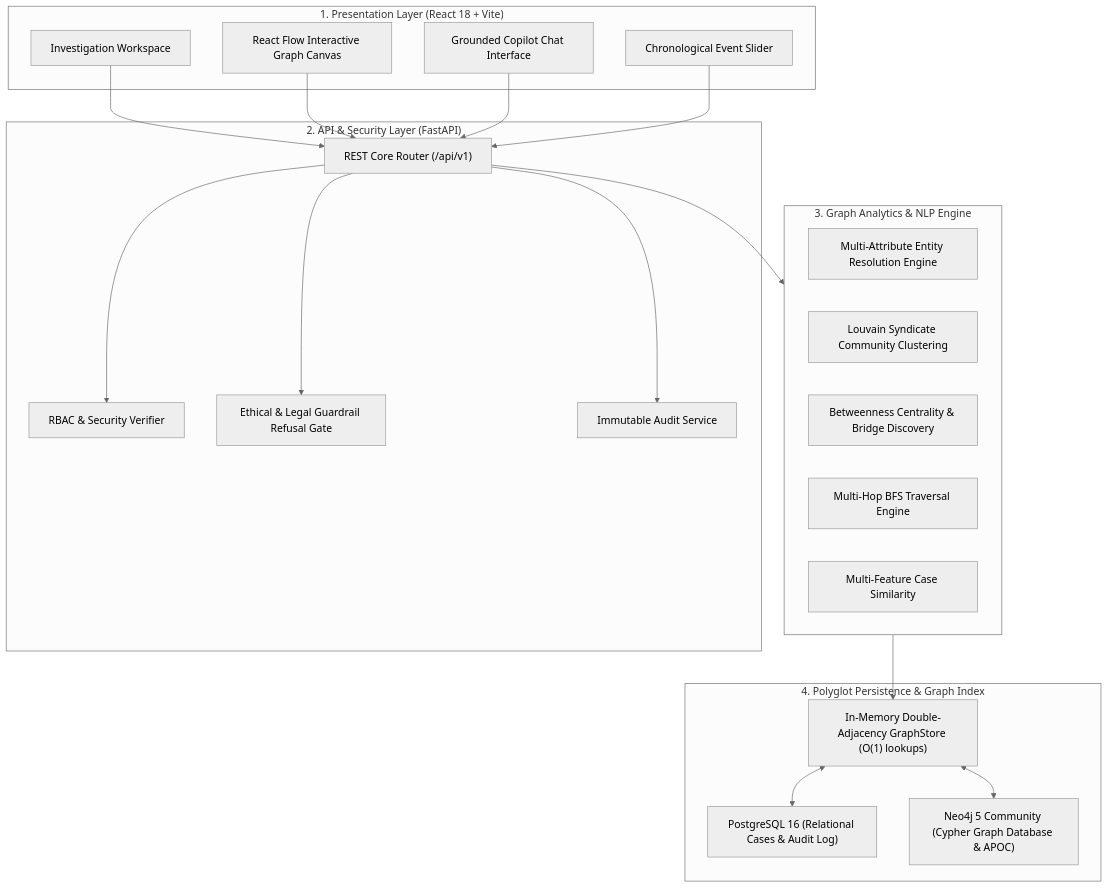
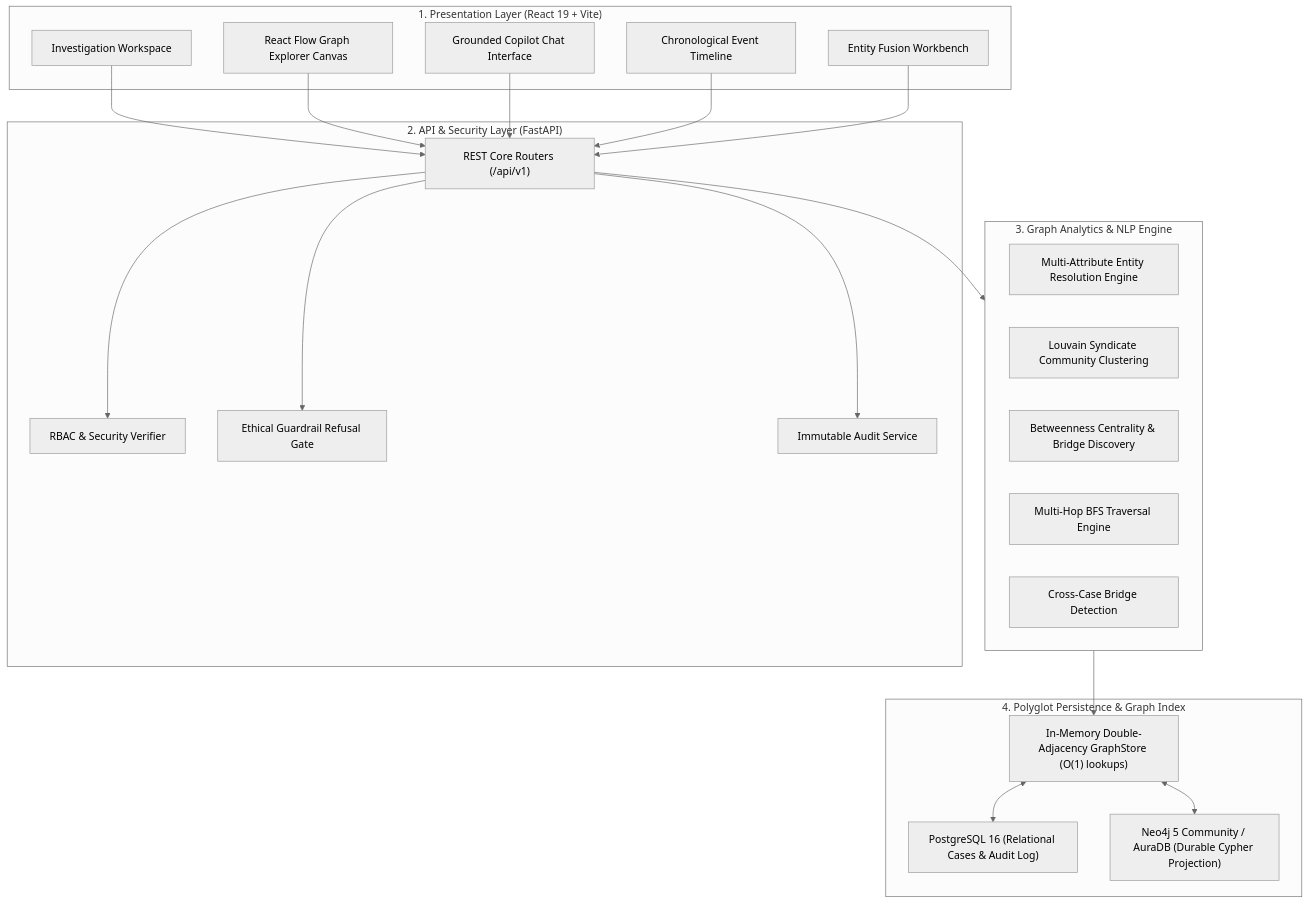
The diagram in docs/ARCHITECTURE.md (acchasujal/Nexus), drawn with Mermaid (neutral theme) before and after one commit. The commit also changed other lines of this file and 32 other files, not shown here.

````diff
--- a/docs/ARCHITECTURE.md
+++ b/docs/ARCHITECTURE.md
@@ -7,44 +9,46 @@
 ```mermaid
 graph TD
-    subgraph ClientLayer ["1. Presentation Layer (React 18 + Vite)"]
+    subgraph ClientLayer ["1. Presentation Layer (React 19 + Vite)"]
         UI["Investigation Workspace"]
-        RF["React Flow Interactive Graph Canvas"]
+        RF["React Flow Graph Explorer Canvas"]
         CopilotUI["Grounded Copilot Chat Interface"]
-        TimelineUI["Chronological Event Slider"]
+        TimelineUI["Chronological Event Timeline"]
+        FusionUI["Entity Fusion Workbench"]
     end
 
     subgraph APILayer ["2. API & Security Layer (FastAPI)"]
-        Router["REST Core Router (/api/v1)"]
+        Router["REST Core Routers (/api/v1)"]
         Auth["RBAC & Security Verifier"]
-        RefusalGate["Ethical & Legal Guardrail Refusal Gate"]
+        RefusalGate["Ethical Guardrail Refusal Gate"]
         AuditSvc["Immutable Audit Service"]
     end
 
     subgraph AnalyticsLayer ["3. Graph Analytics & NLP Engine"]
         ER["Multi-Attribute Entity Resolution Engine"]
         Louvain["Louvain Syndicate Community Clustering"]
         Centrality["Betweenness Centrality & Bridge Discovery"]
         BFS["Multi-Hop BFS Traversal Engine"]
-        Similarity["Multi-Feature Case Similarity"]
+        CrossCase["Cross-Case Bridge Detection"]
     end
 
     subgraph StorageLayer ["4. Polyglot Persistence & Graph Index"]
         MemGraph["In-Memory Double-Adjacency GraphStore (O(1) lookups)"]
         Postgres["PostgreSQL 16 (Relational Cases & Audit Log)"]
-        Neo4j["Neo4j 5 Community (Cypher Graph Database & APOC)"]
+        Neo4j["Neo4j 5 Community / AuraDB (Durable Cypher Projection)"]
     end
 
     UI --> Router
     RF --> Router
     CopilotUI --> Router
     TimelineUI --> Router
+    FusionUI --> Router
 
     Router --> Auth
     Router --> RefusalGate
     Router --> AuditSvc
 
     Router --> AnalyticsLayer
     AnalyticsLayer --> MemGraph
     MemGraph <--> Postgres
     MemGraph <--> Neo4j
 ```
````
